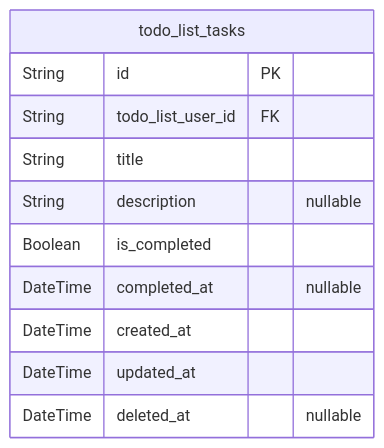
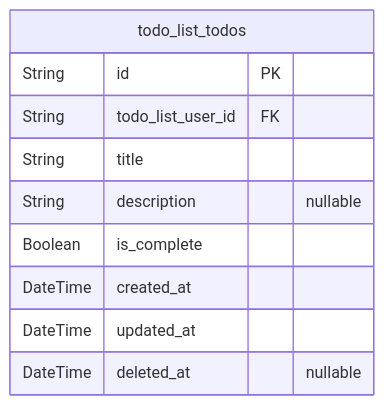
The third of 3 diagrams in openai/gpt-4.1-mini/todo/docs/ERD.md (wrtnlabs/autobe-examples), drawn with Mermaid before and after one commit. The commit also changed other lines of this file and 8017 other files, not shown here.

````diff
--- a/openai/gpt-4.1-mini/todo/docs/ERD.md
+++ b/openai/gpt-4.1-mini/todo/docs/ERD.md
@@ -82,14 +229,13 @@
 ```mermaid
 erDiagram
-"todo_list_tasks" {
+"todo_list_todos" {
   String id PK
   String todo_list_user_id FK
   String title
   String description "nullable"
-  Boolean is_completed
-  DateTime completed_at "nullable"
+  Boolean is_complete
   DateTime created_at
   DateTime updated_at
   DateTime deleted_at "nullable"
 }
 ```
````
